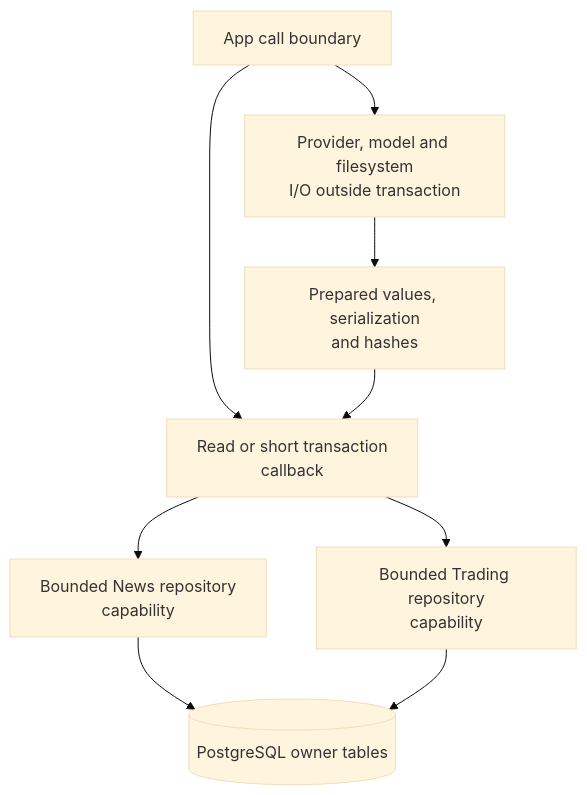
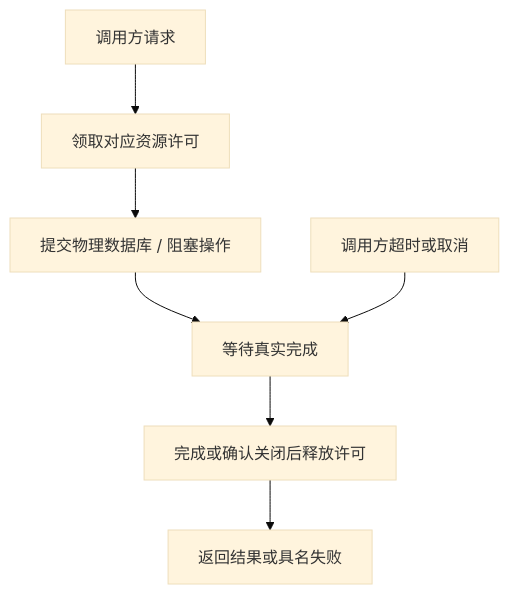
Before and after one commit to AnalyThothAI/tracefold: the first of 2 diagrams in docs/modules/platform.md, drawn with Mermaid (base theme). The commit also changed other lines of this file and 28 other files, not shown here.

Commit message:
docs: rebuild the Chinese architecture and module handbook

````diff
--- a/docs/modules/platform.md
+++ b/docs/modules/platform.md
@@ -36,11 +39,9 @@
 ```mermaid
 flowchart TD
-    App["App call boundary"] --> Read["Read or short transaction<br/>callback"]
-    Read --> News["Bounded News repository<br/>capability"]
-    Read --> Trading["Bounded Trading repository<br/>capability"]
-    News --> DB[("PostgreSQL owner tables")]
-    Trading --> DB
-    App --> IO["Provider, model and filesystem<br/>I/O outside transaction"]
-    IO --> Prepared["Prepared values, serialization<br/>and hashes"]
-    Prepared --> Read
+    Request["调用方请求"] --> Permit["领取对应资源许可"]
+    Permit --> Native["提交物理数据库 / 阻塞操作"]
+    Native --> Wait["等待真实完成"]
+    Timeout["调用方超时或取消"] --> Wait
+    Wait --> Release["完成或确认关闭后释放许可"]
+    Release --> Result["返回结果或具名失败"]
 ```
````
